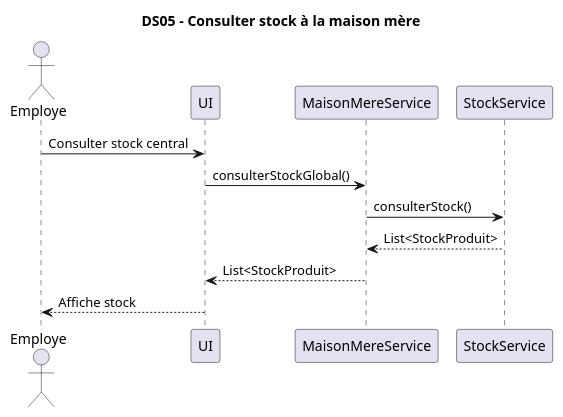
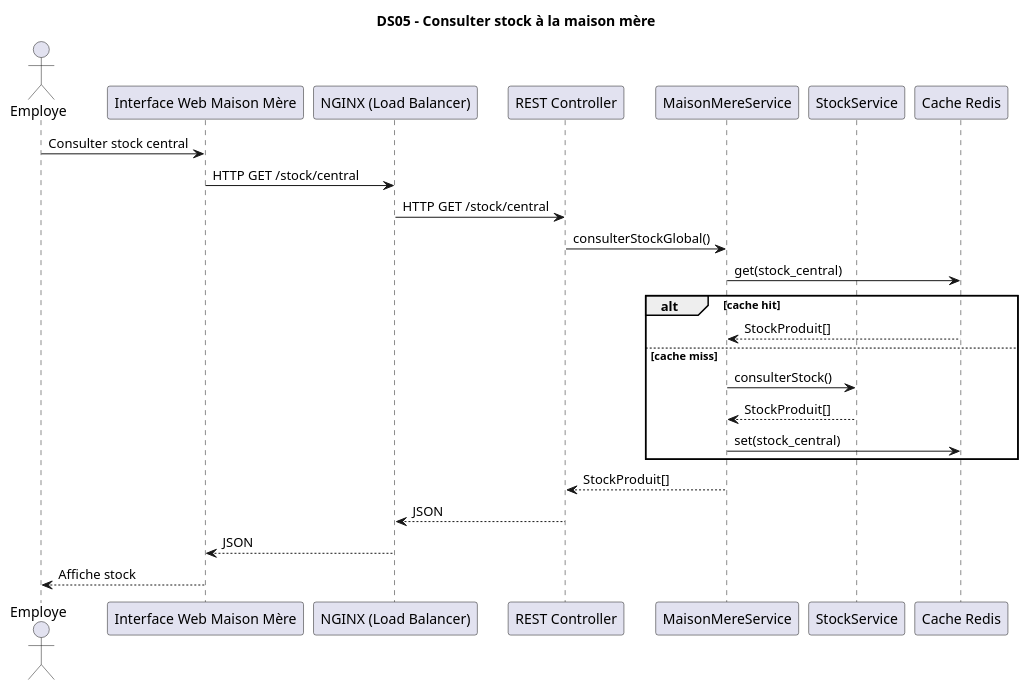
Before and after one commit to NathanGasseau/LOG430-01-Labo-04: the diagram in docs/UML/DiagrammesDeSequence/DS05-ConsulterStockEnMaisonMere.puml, drawn with PlantUML. The commit also changed 10 other files, not shown here.

```diff
--- a/docs/UML/DiagrammesDeSequence/DS05-ConsulterStockEnMaisonMere.puml
+++ b/docs/UML/DiagrammesDeSequence/DS05-ConsulterStockEnMaisonMere.puml
@@ -1,17 +1,28 @@
 @startuml
-
 title DS05 – Consulter stock à la maison mère
 
 actor Employe
-participant UI
+participant "Interface Web Maison Mère" as UI
+participant "NGINX (Load Balancer)" as NGINX
+participant "REST Controller" as Controller
 participant MaisonMereService
 participant StockService
+participant "Cache Redis" as Redis
 
 Employe -> UI : Consulter stock central
-UI -> MaisonMereService : consulterStockGlobal()
-MaisonMereService -> StockService : consulterStock()
-StockService --> MaisonMereService : List<StockProduit>
-MaisonMereService --> UI : List<StockProduit>
+UI -> NGINX : HTTP GET /stock/central
+NGINX -> Controller : HTTP GET /stock/central
+Controller -> MaisonMereService : consulterStockGlobal()
+MaisonMereService -> Redis : get(stock_central)
+alt cache hit
+  Redis --> MaisonMereService : StockProduit[]
+else cache miss
+  MaisonMereService -> StockService : consulterStock()
+  StockService --> MaisonMereService : StockProduit[]
+  MaisonMereService -> Redis : set(stock_central)
+end
+MaisonMereService --> Controller : StockProduit[]
+Controller --> NGINX : JSON
+NGINX --> UI : JSON
 UI --> Employe : Affiche stock
-
 @enduml
```
